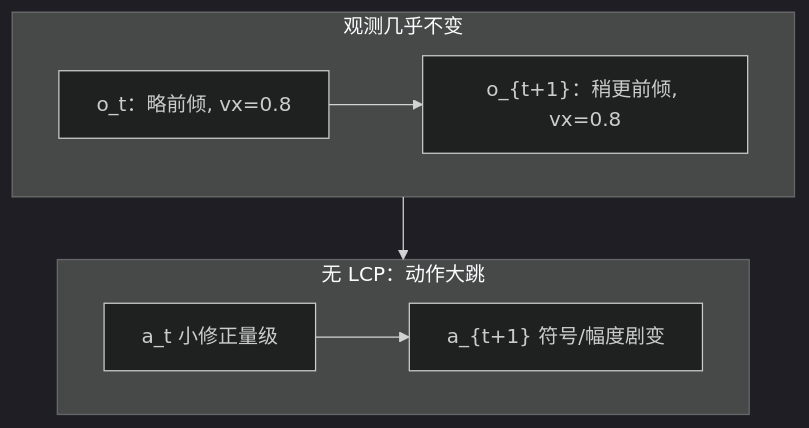
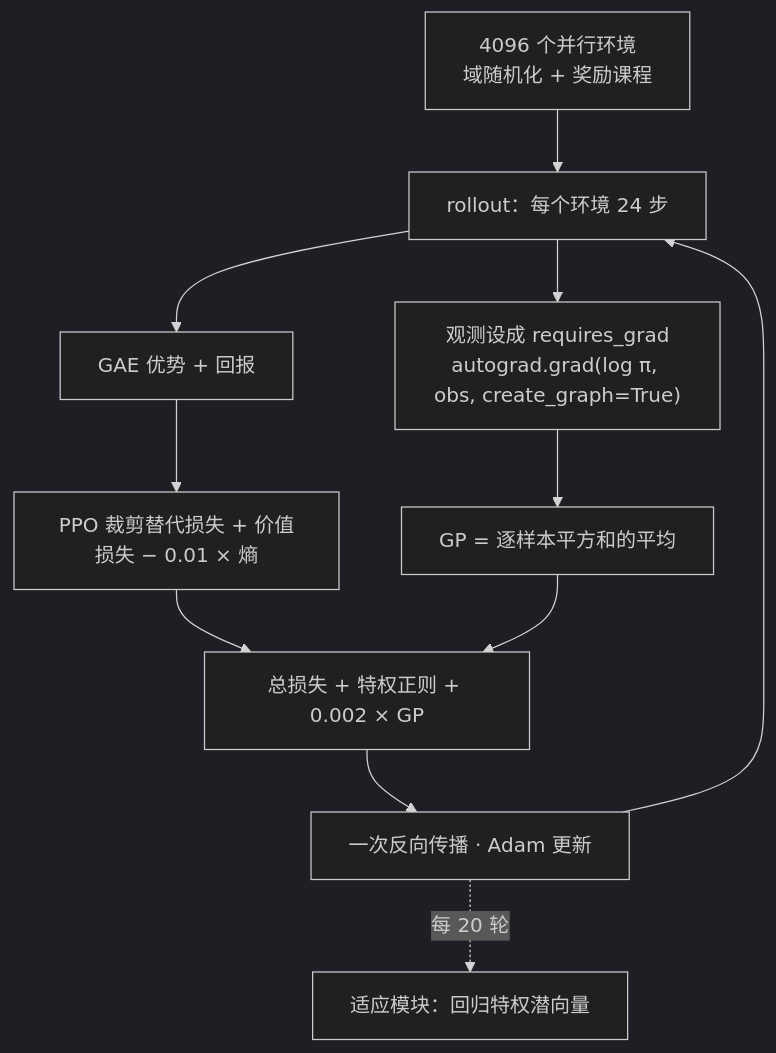
Before and after one commit to ImChong/Robot_Learning_Paper_Notebooks: the second of 4 diagrams in papers/01_Foundational_RL/LCP_Sim-to-Real_Action_Smoothing/LCP_Sim-to-Real_Action_Smoothing.md, drawn with Mermaid (dark theme). The commit also changed other lines of this file and 18 other files, not shown here.

```diff
--- a/papers/01_Foundational_RL/LCP_Sim-to-Real_Action_Smoothing/LCP_Sim-to-Real_Action_Smoothing.md
+++ b/papers/01_Foundational_RL/LCP_Sim-to-Real_Action_Smoothing/LCP_Sim-to-Real_Action_Smoothing.md
@@ -301,14 +275,13 @@
 <div class="mermaid">
 flowchart TB
-    subgraph obs["观测几乎不变"]
-        O1["o_t：略前倾, vx=0.8"]
-        O2["o_{t+1}：稍更前倾, vx=0.8"]
-        O1 --> O2
-    end
-    subgraph bad["无 LCP：动作大跳"]
-        A1["a_t 小修正量级"]
-        A2["a_{t+1} 符号/幅度剧变"]
-        A1 --> A2
-    end
-    obs --> bad
+    DR["4096 个并行环境<br/>域随机化 + 奖励课程"] --> Roll["rollout：每个环境 24 步"]
+    Roll --> Adv["GAE 优势 + 回报"]
+    Adv --> Loss["PPO 裁剪替代损失 + 价值损失 − 0.01 × 熵"]
+    Roll --> GPc["观测设成 requires_grad<br/>autograd.grad(log π, obs, create_graph=True)"]
+    GPc --> GPl["GP = 逐样本平方和的平均"]
+    Loss --> Tot["总损失 + 特权正则 + 0.002 × GP"]
+    GPl --> Tot
+    Tot --> Upd["一次反向传播 · Adam 更新"]
+    Upd --> Roll
+    Upd -. "每 20 轮" .-> Dag["适应模块：回归特权潜向量"]
 </div>
```
